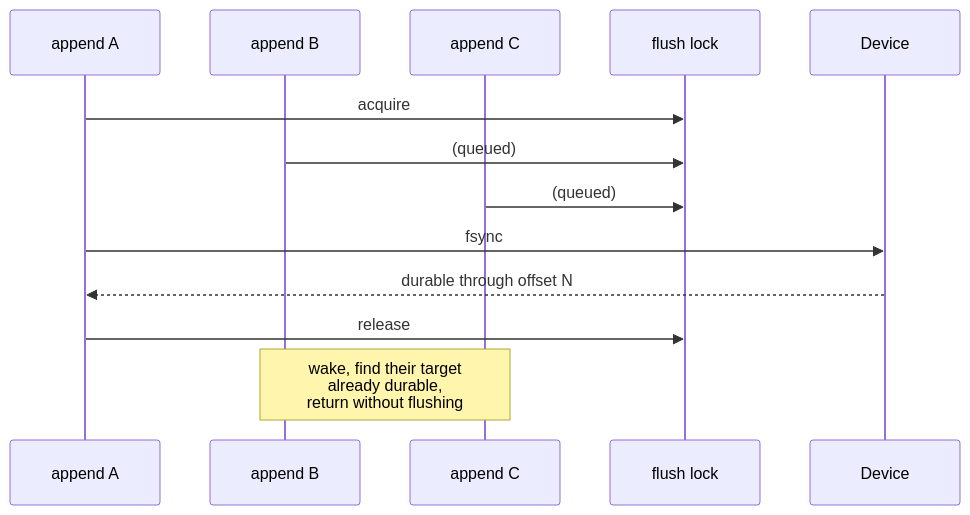
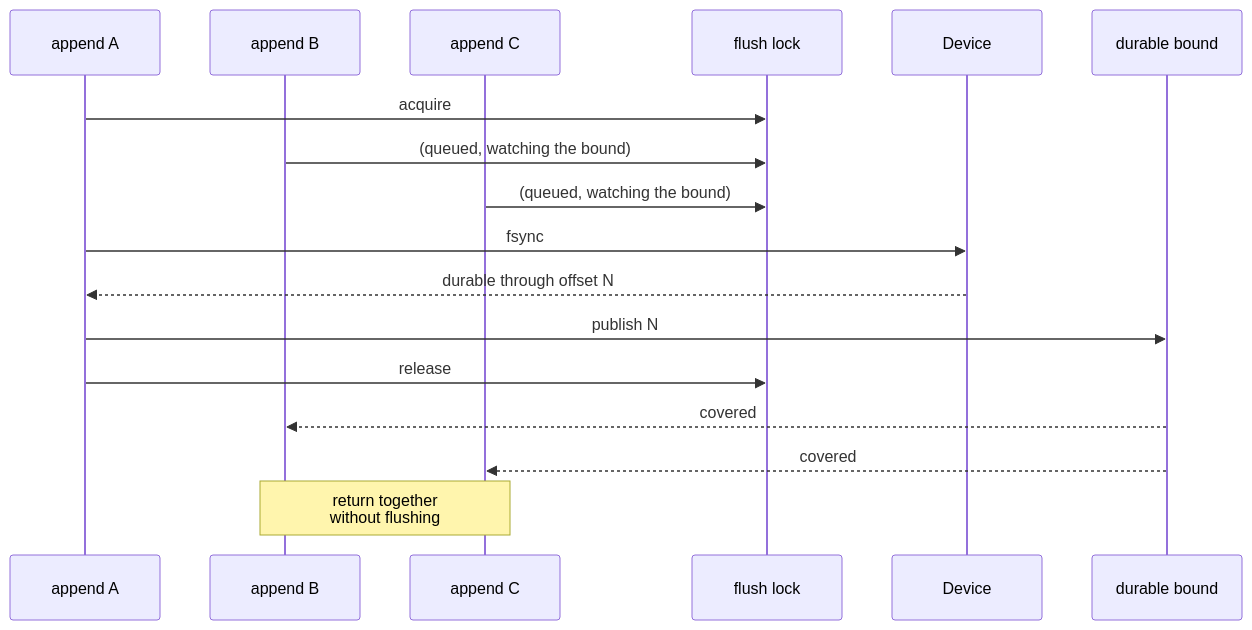
Before and after one commit to GetFelix/felix: the fifth of 5 diagrams in docs-site/src/content/docs/architecture/durable-storage.md, drawn with Mermaid. The commit also changed other lines of this file and 11 other files, not shown here.

First line of the commit message:
perf(broker): claim a lane's queued publishes as one durable append

````diff
--- a/docs-site/src/content/docs/architecture/durable-storage.md
+++ b/docs-site/src/content/docs/architecture/durable-storage.md
@@ -298,16 +298,20 @@
 ```mermaid
 sequenceDiagram
     participant A as append A
     participant B as append B
     participant C as append C
     participant L as flush lock
     participant D as Device
+    participant M as durable bound
 
     A->>L: acquire
-    B->>L: (queued)
-    C->>L: (queued)
+    B->>L: (queued, watching the bound)
+    C->>L: (queued, watching the bound)
     A->>D: fsync
     D-->>A: durable through offset N
+    A->>M: publish N
     A->>L: release
-    Note over B,C: wake, find their target<br/>already durable,<br/>return without flushing
+    M-->>B: covered
+    M-->>C: covered
+    Note over B,C: return together<br/>without flushing
 ```
````
